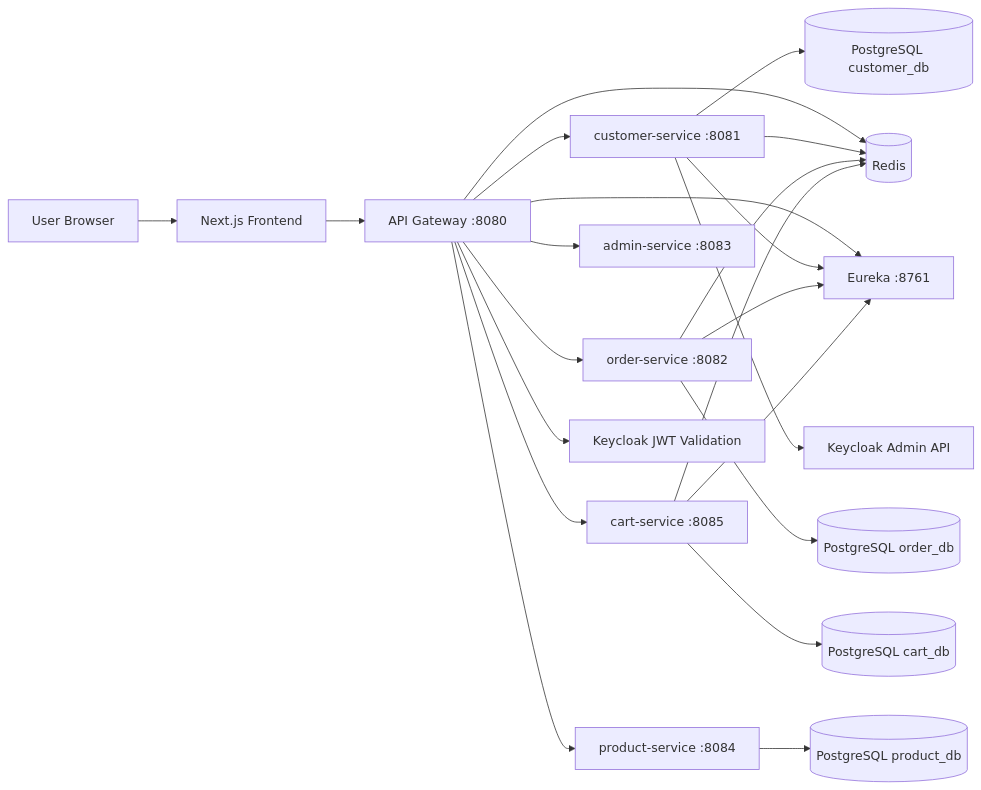
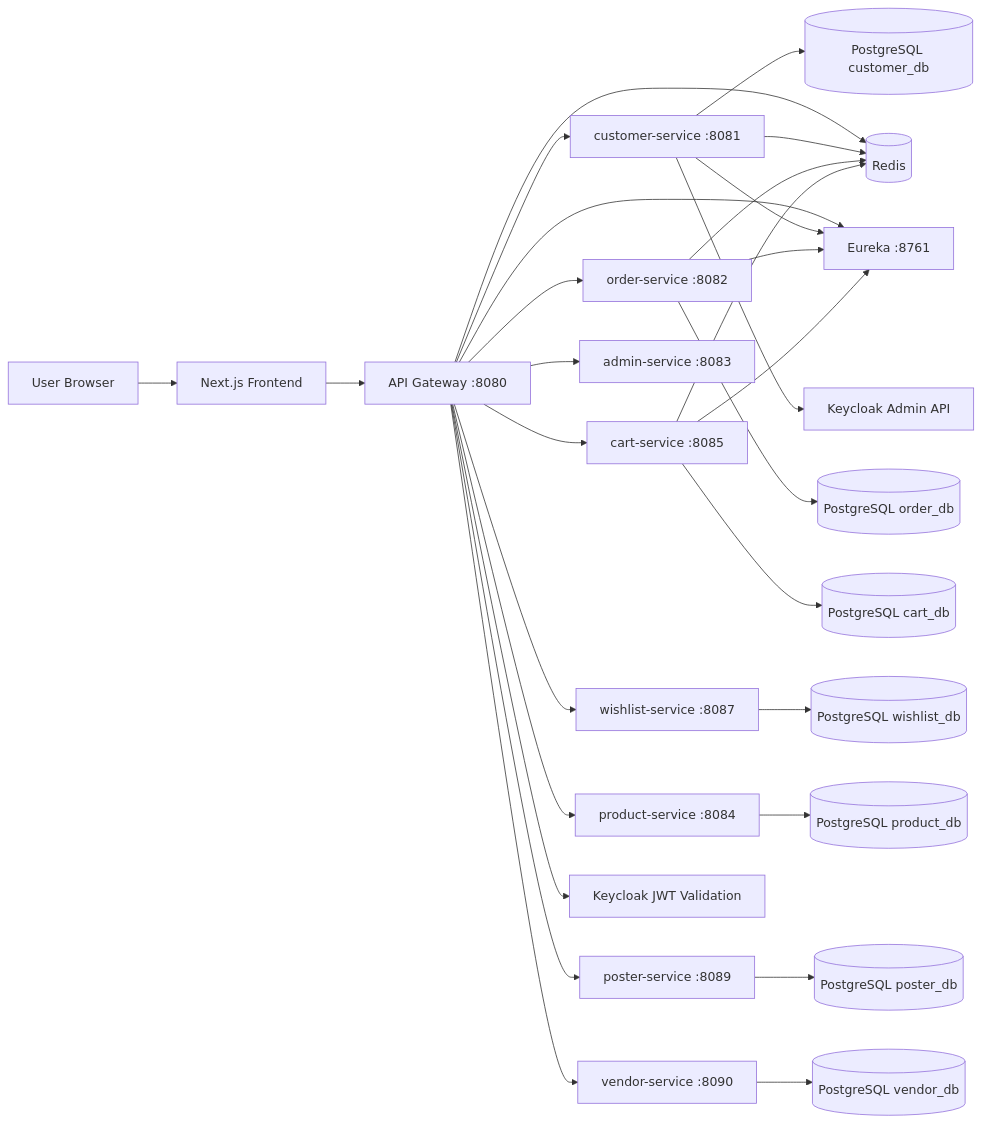
The first of 2 diagrams in README.md (rumalg123/SpringBoot-Microservice), drawn with Mermaid before and after one commit. The commit also changed other lines of this file and 7 other files, not shown here.

````diff
--- a/README.md
+++ b/README.md
@@ -7,24 +7,30 @@
 ```mermaid
 flowchart LR
     U[User Browser] --> F[Next.js Frontend]
     F --> G[API Gateway :8080]
     G --> C[customer-service :8081]
     G --> O[order-service :8082]
     G --> CA[cart-service :8085]
+    G --> WI[wishlist-service :8087]
     G --> AD[admin-service :8083]
     G --> PR[product-service :8084]
+    G --> PO[poster-service :8089]
+    G --> V[vendor-service :8090]
     C --> P1[(PostgreSQL customer_db)]
     O --> P2[(PostgreSQL order_db)]
     CA --> P4[(PostgreSQL cart_db)]
+    WI --> P5[(PostgreSQL wishlist_db)]
     PR --> P3[(PostgreSQL product_db)]
+    PO --> P6[(PostgreSQL poster_db)]
+    V --> P7[(PostgreSQL vendor_db)]
     G --> R[(Redis)]
     C --> R
     O --> R
     CA --> R
     G --> E[Eureka :8761]
     C --> E
     O --> E
     CA --> E
     G --> A[Keycloak JWT Validation]
     C --> A2[Keycloak Admin API]
 ```
````
